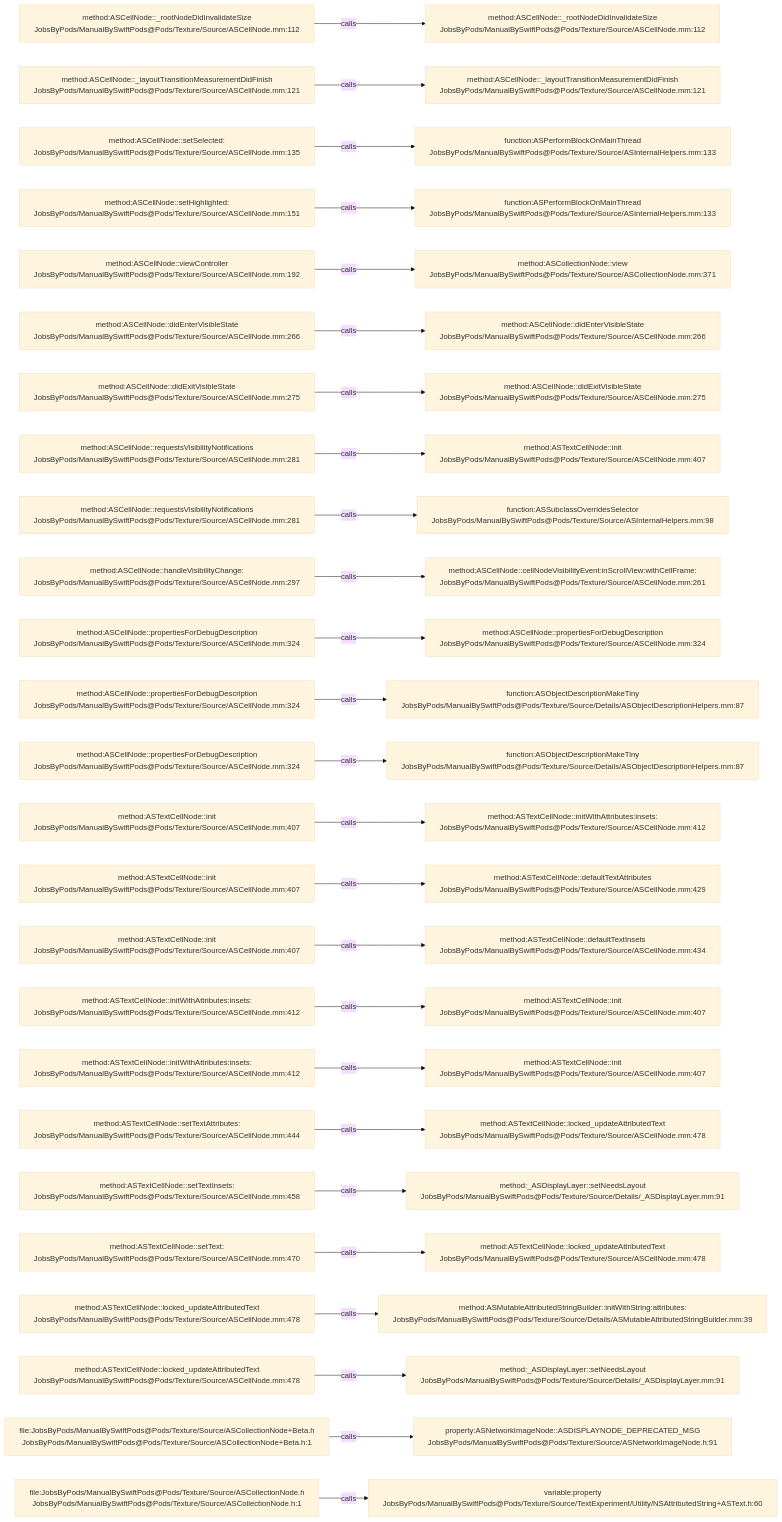
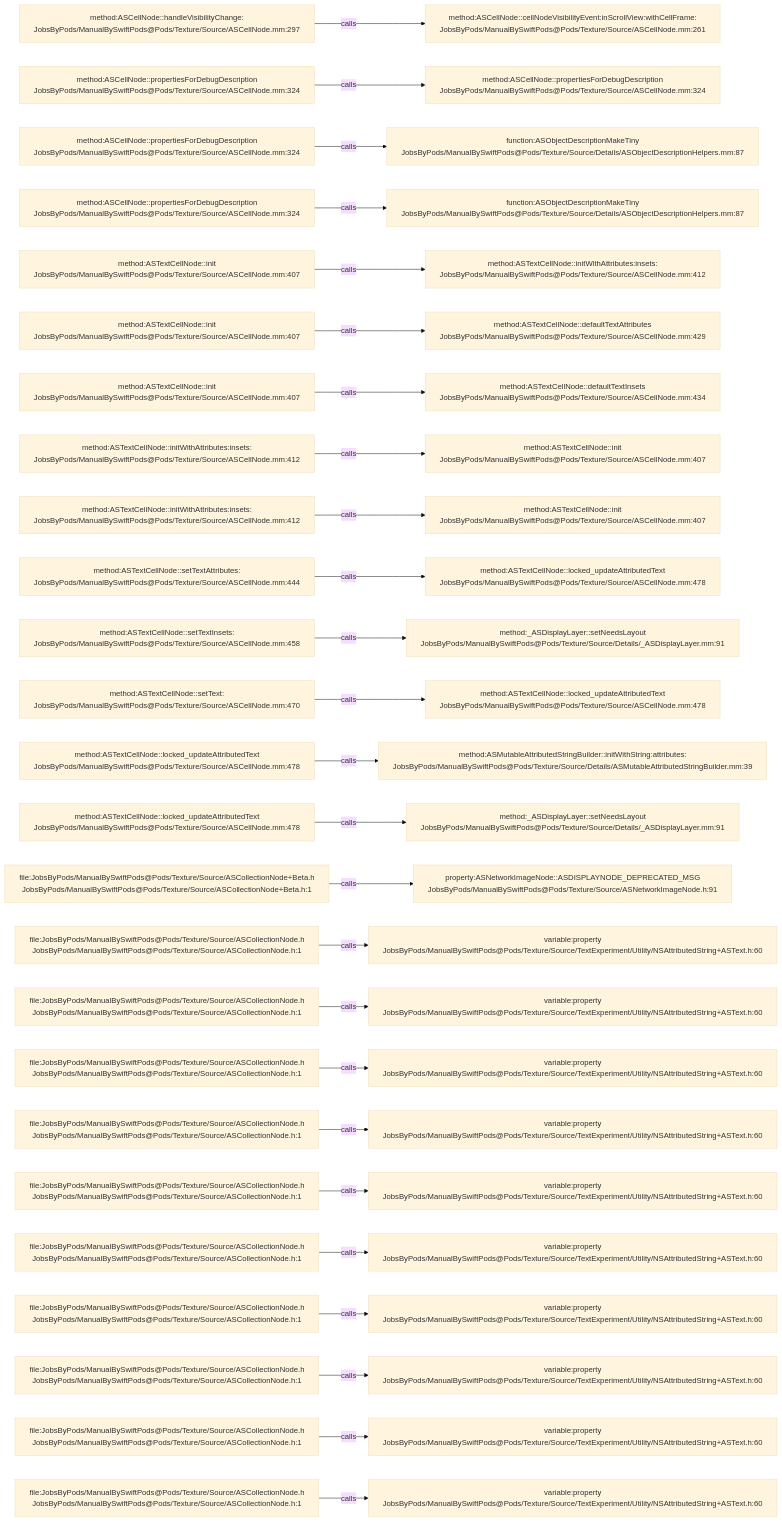
Before and after one commit to JobsKits/JobsSwiftBaseConfigDemo: the diagram in .codegraph/codegraph.md/graphs/calls-005.md, drawn with Mermaid (base theme). The commit also changed 707 other files, not shown here.

````diff
--- a/.codegraph/codegraph.md/graphs/calls-005.md
+++ b/.codegraph/codegraph.md/graphs/calls-005.md
@@ -13,78 +13,78 @@
 ```mermaid
 flowchart LR
-  S1["method:ASCellNode::_rootNodeDidInvalidateSize<br/>JobsByPods/ManualBySwiftPods@Pods/Texture/Source/ASCellNode.mm:112"]
-  T1["method:ASCellNode::_rootNodeDidInvalidateSize<br/>JobsByPods/ManualBySwiftPods@Pods/Texture/Source/ASCellNode.mm:112"]
+  S1["method:ASCellNode::handleVisibilityChange:<br/>JobsByPods/ManualBySwiftPods@Pods/Texture/Source/ASCellNode.mm:297"]
+  T1["method:ASCellNode::cellNodeVisibilityEvent:inScrollView:withCellFrame:<br/>JobsByPods/ManualBySwiftPods@Pods/Texture/Source/ASCellNode.mm:261"]
   S1 -->|calls| T1
-  S2["method:ASCellNode::_layoutTransitionMeasurementDidFinish<br/>JobsByPods/ManualBySwiftPods@Pods/Texture/Source/ASCellNode.mm:121"]
-  T2["method:ASCellNode::_layoutTransitionMeasurementDidFinish<br/>JobsByPods/ManualBySwiftPods@Pods/Texture/Source/ASCellNode.mm:121"]
+  S2["method:ASCellNode::propertiesForDebugDescription<br/>JobsByPods/ManualBySwiftPods@Pods/Texture/Source/ASCellNode.mm:324"]
+  T2["method:ASCellNode::propertiesForDebugDescription<br/>JobsByPods/ManualBySwiftPods@Pods/Texture/Source/ASCellNode.mm:324"]
   S2 -->|calls| T2
-  S3["method:ASCellNode::setSelected:<br/>JobsByPods/ManualBySwiftPods@Pods/Texture/Source/ASCellNode.mm:135"]
-  T3["function:ASPerformBlockOnMainThread<br/>JobsByPods/ManualBySwiftPods@Pods/Texture/Source/ASInternalHelpers.mm:133"]
+  S3["method:ASCellNode::propertiesForDebugDescription<br/>JobsByPods/ManualBySwiftPods@Pods/Texture/Source/ASCellNode.mm:324"]
+  T3["function:ASObjectDescriptionMakeTiny<br/>JobsByPods/ManualBySwiftPods@Pods/Texture/Source/Details/ASObjectDescriptionHelpers.mm:87"]
   S3 -->|calls| T3
-  S4["method:ASCellNode::setHighlighted:<br/>JobsByPods/ManualBySwiftPods@Pods/Texture/Source/ASCellNode.mm:151"]
-  T4["function:ASPerformBlockOnMainThread<br/>JobsByPods/ManualBySwiftPods@Pods/Texture/Source/ASInternalHelpers.mm:133"]
+  S4["method:ASCellNode::propertiesForDebugDescription<br/>JobsByPods/ManualBySwiftPods@Pods/Texture/Source/ASCellNode.mm:324"]
+  T4["function:ASObjectDescriptionMakeTiny<br/>JobsByPods/ManualBySwiftPods@Pods/Texture/Source/Details/ASObjectDescriptionHelpers.mm:87"]
   S4 -->|calls| T4
-  S5["method:ASCellNode::viewController<br/>JobsByPods/ManualBySwiftPods@Pods/Texture/Source/ASCellNode.mm:192"]
-  T5["method:ASCollectionNode::view<br/>JobsByPods/ManualBySwiftPods@Pods/Texture/Source/ASCollectionNode.mm:371"]
+  S5["method:ASTextCellNode::init<br/>JobsByPods/ManualBySwiftPods@Pods/Texture/Source/ASCellNode.mm:407"]
+  T5["method:ASTextCellNode::initWithAttributes:insets:<br/>JobsByPods/ManualBySwiftPods@Pods/Texture/Source/ASCellNode.mm:412"]
   S5 -->|calls| T5
-  S6["method:ASCellNode::didEnterVisibleState<br/>JobsByPods/ManualBySwiftPods@Pods/Texture/Source/ASCellNode.mm:266"]
-  T6["method:ASCellNode::didEnterVisibleState<br/>JobsByPods/ManualBySwiftPods@Pods/Texture/Source/ASCellNode.mm:266"]
+  S6["method:ASTextCellNode::init<br/>JobsByPods/ManualBySwiftPods@Pods/Texture/Source/ASCellNode.mm:407"]
+  T6["method:ASTextCellNode::defaultTextAttributes<br/>JobsByPods/ManualBySwiftPods@Pods/Texture/Source/ASCellNode.mm:429"]
   S6 -->|calls| T6
-  S7["method:ASCellNode::didExitVisibleState<br/>JobsByPods/ManualBySwiftPods@Pods/Texture/Source/ASCellNode.mm:275"]
-  T7["method:ASCellNode::didExitVisibleState<br/>JobsByPods/ManualBySwiftPods@Pods/Texture/Source/ASCellNode.mm:275"]
+  S7["method:ASTextCellNode::init<br/>JobsByPods/ManualBySwiftPods@Pods/Texture/Source/ASCellNode.mm:407"]
+  T7["method:ASTextCellNode::defaultTextInsets<br/>JobsByPods/ManualBySwiftPods@Pods/Texture/Source/ASCellNode.mm:434"]
   S7 -->|calls| T7
-  S8["method:ASCellNode::requestsVisibilityNotifications<br/>JobsByPods/ManualBySwiftPods@Pods/Texture/Source/ASCellNode.mm:281"]
+  S8["method:ASTextCellNode::initWithAttributes:insets:<br/>JobsByPods/ManualBySwiftPods@Pods/Texture/Source/ASCellNode.mm:412"]
   T8["method:ASTextCellNode::init<br/>JobsByPods/ManualBySwiftPods@Pods/Texture/Source/ASCellNode.mm:407"]
   S8 -->|calls| T8
-  S9["method:ASCellNode::requestsVisibilityNotifications<br/>JobsByPods/ManualBySwiftPods@Pods/Texture/Source/ASCellNode.mm:281"]
-  T9["function:ASSubclassOverridesSelector<br/>JobsByPods/ManualBySwiftPods@Pods/Texture/Source/ASInternalHelpers.mm:98"]
+  S9["method:ASTextCellNode::initWithAttributes:insets:<br/>JobsByPods/ManualBySwiftPods@Pods/Texture/Source/ASCellNode.mm:412"]
+  T9["method:ASTextCellNode::init<br/>JobsByPods/ManualBySwiftPods@Pods/Texture/Source/ASCellNode.mm:407"]
   S9 -->|calls| T9
-  S10["method:ASCellNode::handleVisibilityChange:<br/>JobsByPods/ManualBySwiftPods@Pods/Texture/Source/ASCellNode.mm:297"]
-  T10["method:ASCellNode::cellNodeVisibilityEvent:inScrollView:withCellFrame:<br/>JobsByPods/ManualBySwiftPods@Pods/Texture/Source/ASCellNode.mm:261"]
+  S10["method:ASTextCellNode::setTextAttributes:<br/>JobsByPods/ManualBySwiftPods@Pods/Texture/Source/ASCellNode.mm:444"]
+  T10["method:ASTextCellNode::locked_updateAttributedText<br/>JobsByPods/ManualBySwiftPods@Pods/Texture/Source/ASCellNode.mm:478"]
   S10 -->|calls| T10
-  S11["method:ASCellNode::propertiesForDebugDescription<br/>JobsByPods/ManualBySwiftPods@Pods/Texture/Source/ASCellNode.mm:324"]
-  T11["method:ASCellNode::propertiesForDebugDescription<br/>JobsByPods/ManualBySwiftPods@Pods/Texture/Source/ASCellNode.mm:324"]
+  S11["method:ASTextCellNode::setTextInsets:<br/>JobsByPods/ManualBySwiftPods@Pods/Texture/Source/ASCellNode.mm:458"]
+  T11["method:_ASDisplayLayer::setNeedsLayout<br/>JobsByPods/ManualBySwiftPods@Pods/Texture/Source/Details/_ASDisplayLayer.mm:91"]
   S11 -->|calls| T11
-  S12["method:ASCellNode::propertiesForDebugDescription<br/>JobsByPods/ManualBySwiftPods@Pods/Texture/Source/ASCellNode.mm:324"]
-  T12["function:ASObjectDescriptionMakeTiny<br/>JobsByPods/ManualBySwiftPods@Pods/Texture/Source/Details/ASObjectDescriptionHelpers.mm:87"]
+  S12["method:ASTextCellNode::setText:<br/>JobsByPods/ManualBySwiftPods@Pods/Texture/Source/ASCellNode.mm:470"]
+  T12["method:ASTextCellNode::locked_updateAttributedText<br/>JobsByPods/ManualBySwiftPods@Pods/Texture/Source/ASCellNode.mm:478"]
   S12 -->|calls| T12
-  S13["method:ASCellNode::propertiesForDebugDescription<br/>JobsByPods/ManualBySwiftPods@Pods/Texture/Source/ASCellNode.mm:324"]
-  T13["function:ASObjectDescriptionMakeTiny<br/>JobsByPods/ManualBySwiftPods@Pods/Texture/Source/Details/ASObjectDescriptionHelpers.mm:87"]
+  S13["method:ASTextCellNode::locked_updateAttributedText<br/>JobsByPods/ManualBySwiftPods@Pods/Texture/Source/ASCellNode.mm:478"]
+  T13["method:ASMutableAttributedStringBuilder::initWithString:attributes:<br/>JobsByPods/ManualBySwiftPods@Pods/Texture/Source/Details/ASMutableAttributedStringBuilder.mm:39"]
   S13 -->|calls| T13
-  S14["method:ASTextCellNode::init<br/>JobsByPods/ManualBySwiftPods@Pods/Texture/Source/ASCellNode.mm:407"]
-  T14["method:ASTextCellNode::initWithAttributes:insets:<br/>JobsByPods/ManualBySwiftPods@Pods/Texture/Source/ASCellNode.mm:412"]
+  S14["method:ASTextCellNode::locked_updateAttributedText<br/>JobsByPods/ManualBySwiftPods@Pods/Texture/Source/ASCellNode.mm:478"]
+  T14["method:_ASDisplayLayer::setNeedsLayout<br/>JobsByPods/ManualBySwiftPods@Pods/Texture/Source/Details/_ASDisplayLayer.mm:91"]
   S14 -->|calls| T14
-  S15["method:ASTextCellNode::init<br/>JobsByPods/ManualBySwiftPods@Pods/Texture/Source/ASCellNode.mm:407"]
-  T15["method:ASTextCellNode::defaultTextAttributes<br/>JobsByPods/ManualBySwiftPods@Pods/Texture/Source/ASCellNode.mm:429"]
+  S15["file:JobsByPods/ManualBySwiftPods@Pods/Texture/Source/ASCollectionNode+Beta.h<br/>JobsByPods/ManualBySwiftPods@Pods/Texture/Source/ASCollectionNode+Beta.h:1"]
+  T15["property:ASNetworkImageNode::ASDISPLAYNODE_DEPRECATED_MSG<br/>JobsByPods/ManualBySwiftPods@Pods/Texture/Source/ASNetworkImageNode.h:91"]
   S15 -->|calls| T15
-  S16["method:ASTextCellNode::init<br/>JobsByPods/ManualBySwiftPods@Pods/Texture/Source/ASCellNode.mm:407"]
-  T16["method:ASTextCellNode::defaultTextInsets<br/>JobsByPods/ManualBySwiftPods@Pods/Texture/Source/ASCellNode.mm:434"]
+  S16["file:JobsByPods/ManualBySwiftPods@Pods/Texture/Source/ASCollectionNode.h<br/>JobsByPods/ManualBySwiftPods@Pods/Texture/Source/ASCollectionNode.h:1"]
+  T16["variable:property<br/>JobsByPods/ManualBySwiftPods@Pods/Texture/Source/TextExperiment/Utility/NSAttributedString+ASText.h:60"]
   S16 -->|calls| T16
-  S17["method:ASTextCellNode::initWithAttributes:insets:<br/>JobsByPods/ManualBySwiftPods@Pods/Texture/Source/ASCellNode.mm:412"]
-  T17["method:ASTextCellNode::init<br/>JobsByPods/ManualBySwiftPods@Pods/Texture/Source/ASCellNode.mm:407"]
+  S17["file:JobsByPods/ManualBySwiftPods@Pods/Texture/Source/ASCollectionNode.h<br/>JobsByPods/ManualBySwiftPods@Pods/Texture/Source/ASCollectionNode.h:1"]
+  T17["variable:property<br/>JobsByPods/ManualBySwiftPods@Pods/Texture/Source/TextExperiment/Utility/NSAttributedString+ASText.h:60"]
   S17 -->|calls| T17
-  S18["method:ASTextCellNode::initWithAttributes:insets:<br/>JobsByPods/ManualBySwiftPods@Pods/Texture/Source/ASCellNode.mm:412"]
-  T18["method:ASTextCellNode::init<br/>JobsByPods/ManualBySwiftPods@Pods/Texture/Source/ASCellNode.mm:407"]
+  S18["file:JobsByPods/ManualBySwiftPods@Pods/Texture/Source/ASCollectionNode.h<br/>JobsByPods/ManualBySwiftPods@Pods/Texture/Source/ASCollectionNode.h:1"]
+  T18["variable:property<br/>JobsByPods/ManualBySwiftPods@Pods/Texture/Source/TextExperiment/Utility/NSAttributedString+ASText.h:60"]
   S18 -->|calls| T18
-  S19["method:ASTextCellNode::setTextAttributes:<br/>JobsByPods/ManualBySwiftPods@Pods/Texture/Source/ASCellNode.mm:444"]
-  T19["method:ASTextCellNode::locked_updateAttributedText<br/>JobsByPods/ManualBySwiftPods@Pods/Texture/Source/ASCellNode.mm:478"]
+  S19["file:JobsByPods/ManualBySwiftPods@Pods/Texture/Source/ASCollectionNode.h<br/>JobsByPods/ManualBySwiftPods@Pods/Texture/Source/ASCollectionNode.h:1"]
+  T19["variable:property<br/>JobsByPods/ManualBySwiftPods@Pods/Texture/Source/TextExperiment/Utility/NSAttributedString+ASText.h:60"]
   S19 -->|calls| T19
-  S20["method:ASTextCellNode::setTextInsets:<br/>JobsByPods/ManualBySwiftPods@Pods/Texture/Source/ASCellNode.mm:458"]
-  T20["method:_ASDisplayLayer::setNeedsLayout<br/>JobsByPods/ManualBySwiftPods@Pods/Texture/Source/Details/_ASDisplayLayer.mm:91"]
+  S20["file:JobsByPods/ManualBySwiftPods@Pods/Texture/Source/ASCollectionNode.h<br/>JobsByPods/ManualBySwiftPods@Pods/Texture/Source/ASCollectionNode.h:1"]
+  T20["variable:property<br/>JobsByPods/ManualBySwiftPods@Pods/Texture/Source/TextExperiment/Utility/NSAttributedString+ASText.h:60"]
   S20 -->|calls| T20
-  S21["method:ASTextCellNode::setText:<br/>JobsByPods/ManualBySwiftPods@Pods/Texture/Source/ASCellNode.mm:470"]
-  T21["method:ASTextCellNode::locked_updateAttributedText<br/>JobsByPods/ManualBySwiftPods@Pods/Texture/Source/ASCellNode.mm:478"]
+  S21["file:JobsByPods/ManualBySwiftPods@Pods/Texture/Source/ASCollectionNode.h<br/>JobsByPods/ManualBySwiftPods@Pods/Texture/Source/ASCollectionNode.h:1"]
+  T21["variable:property<br/>JobsByPods/ManualBySwiftPods@Pods/Texture/Source/TextExperiment/Utility/NSAttributedString+ASText.h:60"]
   S21 -->|calls| T21
-  S22["method:ASTextCellNode::locked_updateAttributedText<br/>JobsByPods/ManualBySwiftPods@Pods/Texture/Source/ASCellNode.mm:478"]
-  T22["method:ASMutableAttributedStringBuilder::initWithString:attributes:<br/>JobsByPods/ManualBySwiftPods@Pods/Texture/Source/Details/ASMutableAttributedStringBuilder.mm:39"]
+  S22["file:JobsByPods/ManualBySwiftPods@Pods/Texture/Source/ASCollectionNode.h<br/>JobsByPods/ManualBySwiftPods@Pods/Texture/Source/ASCollectionNode.h:1"]
+  T22["variable:property<br/>JobsByPods/ManualBySwiftPods@Pods/Texture/Source/TextExperiment/Utility/NSAttributedString+ASText.h:60"]
   S22 -->|calls| T22
-  S23["method:ASTextCellNode::locked_updateAttributedText<br/>JobsByPods/ManualBySwiftPods@Pods/Texture/Source/ASCellNode.mm:478"]
-  T23["method:_ASDisplayLayer::setNeedsLayout<br/>JobsByPods/ManualBySwiftPods@Pods/Texture/Source/Details/_ASDisplayLayer.mm:91"]
+  S23["file:JobsByPods/ManualBySwiftPods@Pods/Texture/Source/ASCollectionNode.h<br/>JobsByPods/ManualBySwiftPods@Pods/Texture/Source/ASCollectionNode.h:1"]
+  T23["variable:property<br/>JobsByPods/ManualBySwiftPods@Pods/Texture/Source/TextExperiment/Utility/NSAttributedString+ASText.h:60"]
   S23 -->|calls| T23
-  S24["file:JobsByPods/ManualBySwiftPods@Pods/Texture/Source/ASCollectionNode+Beta.h<br/>JobsByPods/ManualBySwiftPods@Pods/Texture/Source/ASCollectionNode+Beta.h:1"]
-  T24["property:ASNetworkImageNode::ASDISPLAYNODE_DEPRECATED_MSG<br/>JobsByPods/ManualBySwiftPods@Pods/Texture/Source/ASNetworkImageNode.h:91"]
+  S24["file:JobsByPods/ManualBySwiftPods@Pods/Texture/Source/ASCollectionNode.h<br/>JobsByPods/ManualBySwiftPods@Pods/Texture/Source/ASCollectionNode.h:1"]
+  T24["variable:property<br/>JobsByPods/ManualBySwiftPods@Pods/Texture/Source/TextExperiment/Utility/NSAttributedString+ASText.h:60"]
   S24 -->|calls| T24
   S25["file:JobsByPods/ManualBySwiftPods@Pods/Texture/Source/ASCollectionNode.h<br/>JobsByPods/ManualBySwiftPods@Pods/Texture/Source/ASCollectionNode.h:1"]
   T25["variable:property<br/>JobsByPods/ManualBySwiftPods@Pods/Texture/Source/TextExperiment/Utility/NSAttributedString+ASText.h:60"]
   S25 -->|calls| T25
 ```
````
